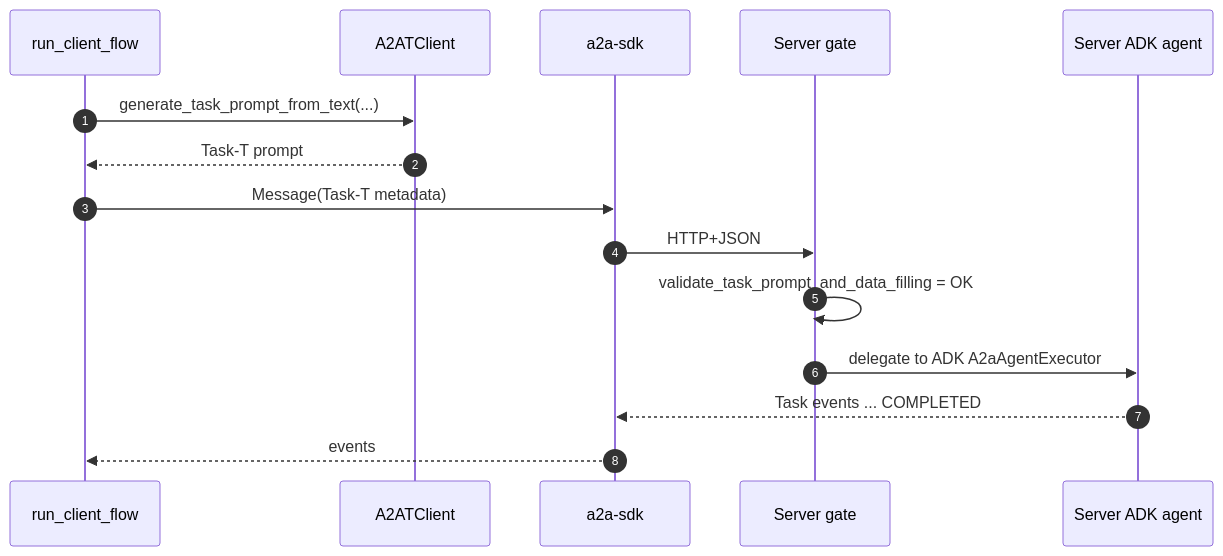
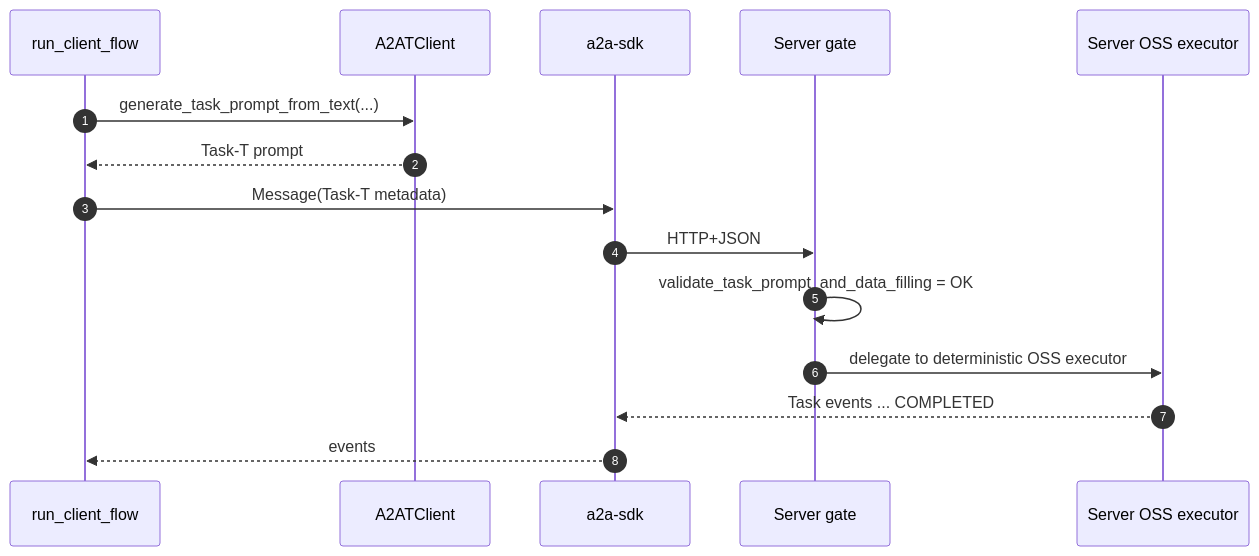
Before and after one commit to codetalks-hw/a2a-t-sdk-python: the fourth of 6 diagrams in a2a-t-sample/ran-energy-saving/README.md, drawn with Mermaid. The commit also changed other lines of this file and 32 other files, not shown here.

Commit message:
feat(ran-sample): run the server deterministically and persist oss tasks

````diff
--- a/a2a-t-sample/ran-energy-saving/README.md
+++ b/a2a-t-sample/ran-energy-saving/README.md
@@ -212,17 +217,17 @@
 ```mermaid
 sequenceDiagram
     autonumber
     participant F as run_client_flow
     participant T as A2ATClient
     participant A as a2a-sdk
     participant G as Server gate
-    participant X as Server ADK agent
+    participant X as Server OSS executor
     F->>T: generate_task_prompt_from_text(...)
     T-->>F: Task-T prompt
     F->>A: Message(Task-T metadata)
     A->>G: HTTP+JSON
     G->>G: validate_task_prompt_and_data_filling = OK
-    G->>X: delegate to ADK A2aAgentExecutor
+    G->>X: delegate to deterministic OSS executor
     X-->>A: Task events ... COMPLETED
     A-->>F: events
 ```
````
